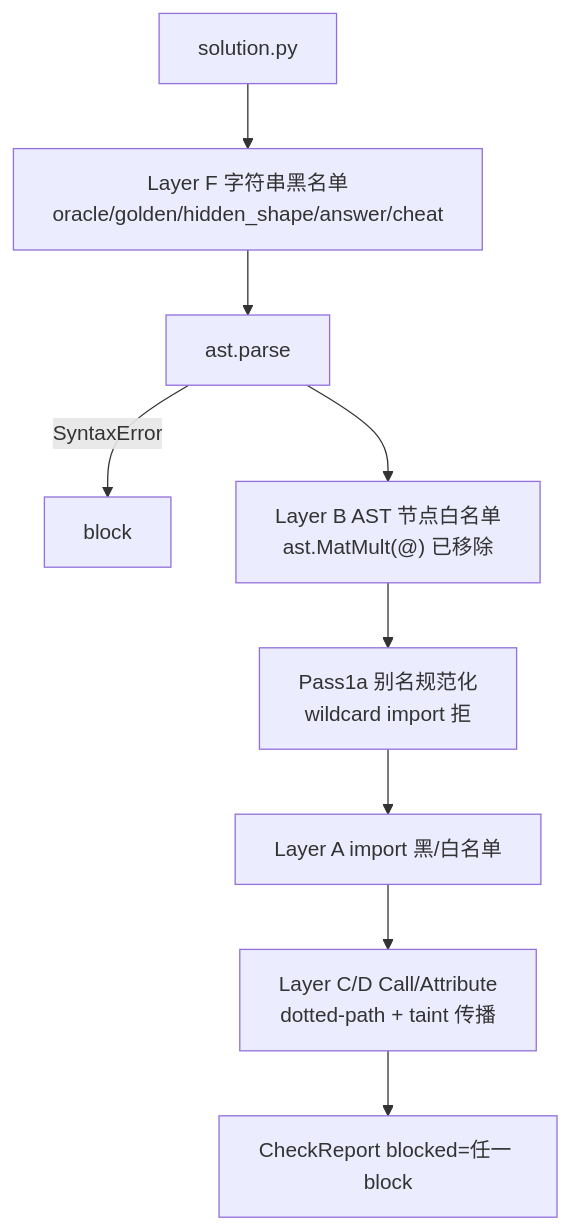
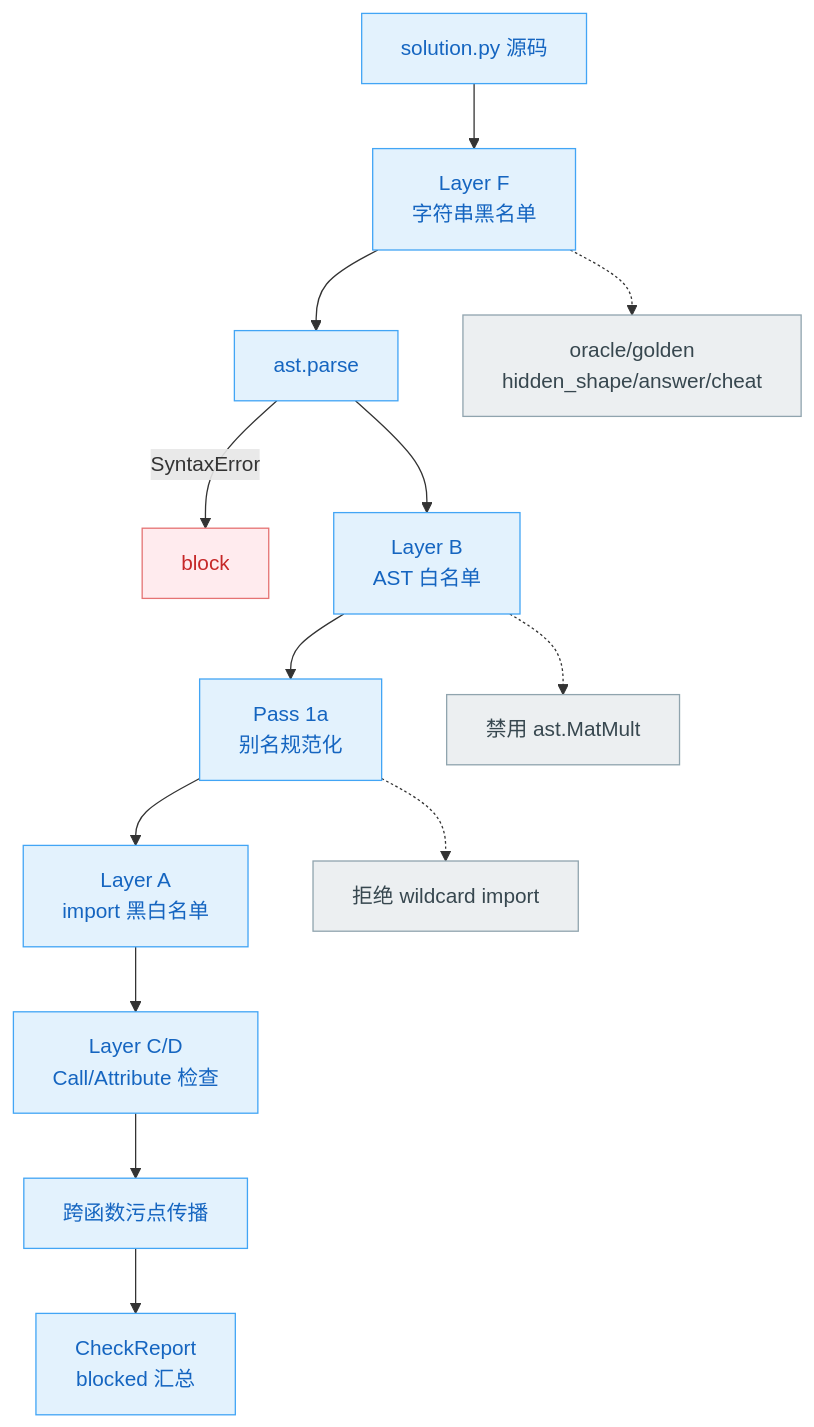
The sixth of 11 diagrams in docs/DESIGN.md (Gxj230958/TritonAscendBench), drawn with Mermaid before and after one commit. The commit also changed other lines of this file and 243 other files, not shown here.

````diff
--- a/docs/DESIGN.md
+++ b/docs/DESIGN.md
@@ -335,11 +396,21 @@
 ```mermaid
 flowchart TB
-    SRC["solution.py"] --> F["Layer F 字符串黑名单<br/>oracle/golden/hidden_shape/answer/cheat"]
+    SRC["solution.py 源码"] --> F["Layer F<br/>字符串黑名单"]
     F --> P["ast.parse"]
-    P -->|SyntaxError| BLK["block"]
-    P --> B["Layer B AST 节点白名单<br/>ast.MatMult(@) 已移除"]
-    B --> A1["Pass1a 别名规范化<br/>wildcard import 拒"]
-    A1 --> A["Layer A import 黑/白名单"]
-    A --> CD["Layer C/D Call/Attribute<br/>dotted-path + taint 传播"]
-    CD --> REP["CheckReport blocked=任一 block"]
+    P -->|"SyntaxError"| BLK["block"]
+    P --> B["Layer B<br/>AST 白名单"]
+    B --> A1["Pass 1a<br/>别名规范化"]
+    A1 --> A["Layer A<br/>import 黑白名单"]
+    A --> CD["Layer C/D<br/>Call/Attribute 检查"]
+    CD --> TAINT["跨函数污点传播"]
+    TAINT --> REP["CheckReport<br/>blocked 汇总"]
+    F -.-> KW["oracle/golden<br/>hidden_shape/answer/cheat"]
+    B -.-> MM["禁用 ast.MatMult"]
+    A1 -.-> WI["拒绝 wildcard import"]
+    classDef check fill:#E3F2FD,stroke:#42A5F5,color:#1565C0;
+    classDef block fill:#FFEBEE,stroke:#E57373,color:#C62828;
+    classDef note fill:#ECEFF1,stroke:#90A4AE,color:#37474F;
+    class SRC,F,P,B,A1,A,CD,TAINT,REP check;
+    class BLK block;
+    class KW,MM,WI note;
 ```
````
